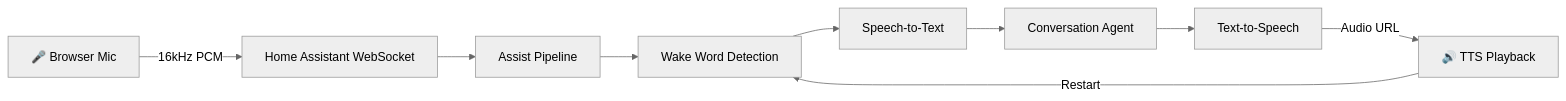
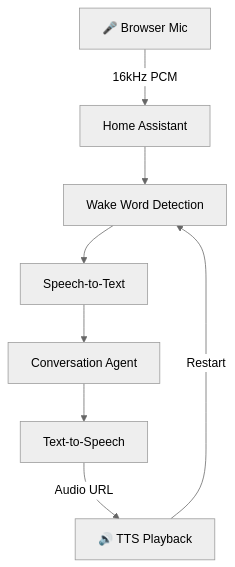
The first of 2 diagrams in README.md (jxlarrea/voice-satellite-card-integration), drawn with Mermaid (neutral theme) before and after one commit.

Commit message:
Fixed Diagram

````diff
--- a/README.md
+++ b/README.md
@@ -39,11 +39,10 @@
 ```mermaid
-graph LR
-    A[🎤 Browser Mic] -->|16kHz PCM| B[Home Assistant WebSocket]
-    B --> C[Assist Pipeline]
-    C --> D[Wake Word Detection]
-    D --> E[Speech-to-Text]
-    E --> F[Conversation Agent]
-    F --> G[Text-to-Speech]
-    G -->|Audio URL| H[🔊 TTS Playback]
-    H -->|Restart| D
+graph TD
+    A[🎤 Browser Mic] -->|16kHz PCM| B[Home Assistant]
+    B --> C[Wake Word Detection]
+    C --> D[Speech-to-Text]
+    D --> E[Conversation Agent]
+    E --> F[Text-to-Speech]
+    F -->|Audio URL| G[🔊 TTS Playback]
+    G -->|Restart| C
 ```
````
